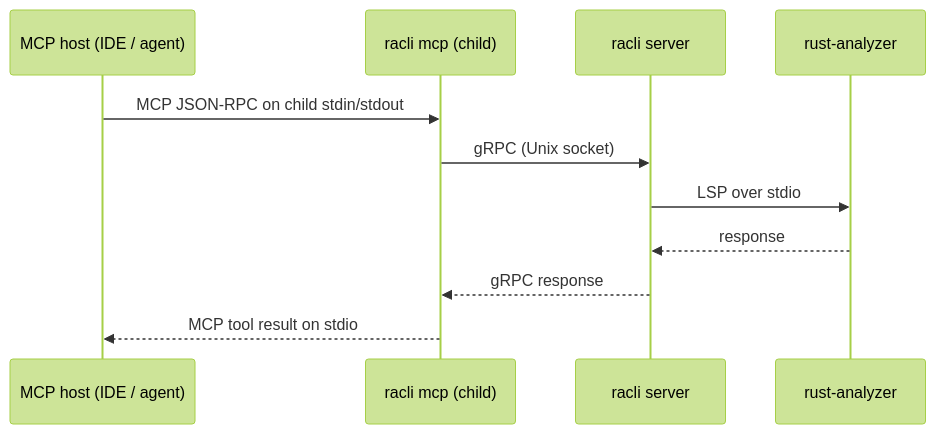
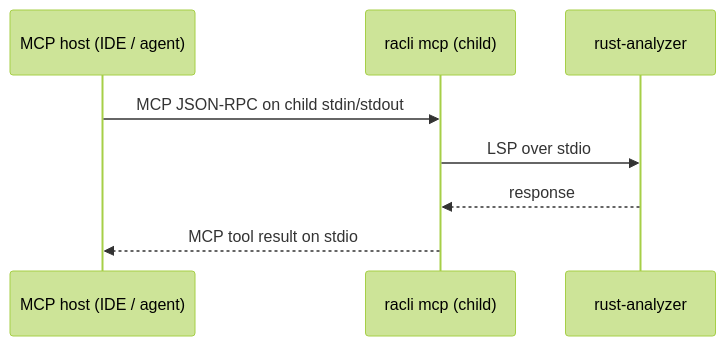
Before and after one commit to aisrael/racli: the third of 3 diagrams in docs/high-level-architecture.md, drawn with Mermaid (forest theme). The commit also changed other lines of this file and 12 other files, not shown here.

First line of the commit message:
Embed rust-analyzer in racli mcp via shared live backend (#3)

````diff
--- a/docs/high-level-architecture.md
+++ b/docs/high-level-architecture.md
@@ -46,14 +46,11 @@
 ```mermaid
 sequenceDiagram
     participant Host as MCP host (IDE / agent)
     participant Mcp as racli mcp (child)
-    participant Server as racli server
     participant RA as rust-analyzer
 
     Host->>Mcp: MCP JSON-RPC on child stdin/stdout
-    Mcp->>Server: gRPC (Unix socket)
-    Server->>RA: LSP over stdio
-    RA-->>Server: response
-    Server-->>Mcp: gRPC response
+    Mcp->>RA: LSP over stdio
+    RA-->>Mcp: response
     Mcp-->>Host: MCP tool result on stdio
 ```
````
